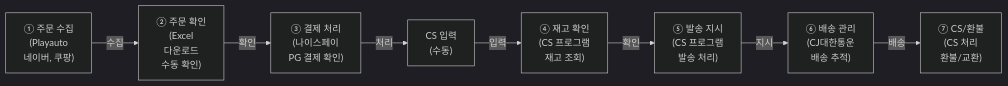
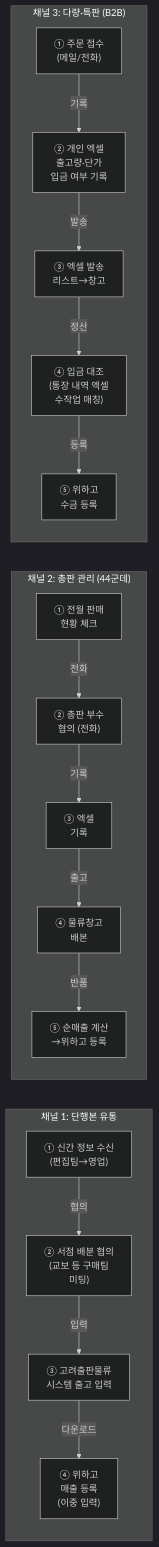
The second of 11 diagrams in src/content/docs/goodthinking-isp/02-analysis/business-analysis.md (sknkwoxs/manual-book), drawn with Mermaid (dark theme) before and after one commit. The commit also changed other lines of this file and 5 other files, not shown here.

````diff
--- a/src/content/docs/goodthinking-isp/02-analysis/business-analysis.md
+++ b/src/content/docs/goodthinking-isp/02-analysis/business-analysis.md
@@ -62,10 +64,22 @@
 ```mermaid
 flowchart LR
-    A["① 주문 수집<br/>(Playauto<br/>네이버, 쿠팡)"] -->|수집| B["② 주문 확인<br/>(Excel<br/>다운로드<br/>수동 확인)"]
-    B -->|확인| C["③ 결제 처리<br/>(나이스페이<br/>PG 결제 확인)"]
-    C -->|처리| D["CS 입력<br/>(수동)"]
-    D -->|입력| E["④ 재고 확인<br/>(CS 프로그램<br/>재고 조회)"]
-    E -->|확인| F["⑤ 발송 지시<br/>(CS 프로그램<br/>발송 처리)"]
-    F -->|지시| G["⑥ 배송 관리<br/>(CJ대한통운<br/>배송 추적)"]
-    G -->|배송| H["⑦ CS/환불<br/>(CS 처리<br/>환불/교환)"]
+    subgraph CH1["채널 1: 단행본 유통"]
+        A1["① 신간 정보 수신<br/>(편집팀→영업)"] -->|협의| A2["② 서점 배분 협의<br/>(교보 등 구매팀<br/>미팅)"]
+        A2 -->|입력| A3["③ 고려출판물류<br/>시스템 출고 입력"]
+        A3 -->|다운로드| A4["④ 위하고<br/>매출 등록<br/>(이중 입력)"]
+    end
+
+    subgraph CH2["채널 2: 총판 관리 (44군데)"]
+        B1["① 전월 판매<br/>현황 체크"] -->|전화| B2["② 총판 부수<br/>협의 (전화)"]
+        B2 -->|기록| B3["③ 엑셀<br/>기록"]
+        B3 -->|출고| B4["④ 물류창고<br/>배본"]
+        B4 -->|반품| B5["⑤ 순매출 계산<br/>→위하고 등록"]
+    end
+
+    subgraph CH3["채널 3: 다량·특판 (B2B)"]
+        C1["① 주문 접수<br/>(메일/전화)"] -->|기록| C2["② 개인 엑셀<br/>출고량·단가<br/>입금 여부 기록"]
+        C2 -->|발송| C3["③ 엑셀 발송<br/>리스트→창고"]
+        C3 -->|정산| C4["④ 입금 대조<br/>(통장 내역 엑셀<br/>수작업 매칭)"]
+        C4 -->|등록| C5["⑤ 위하고<br/>수금 등록"]
+    end
 ```
````
